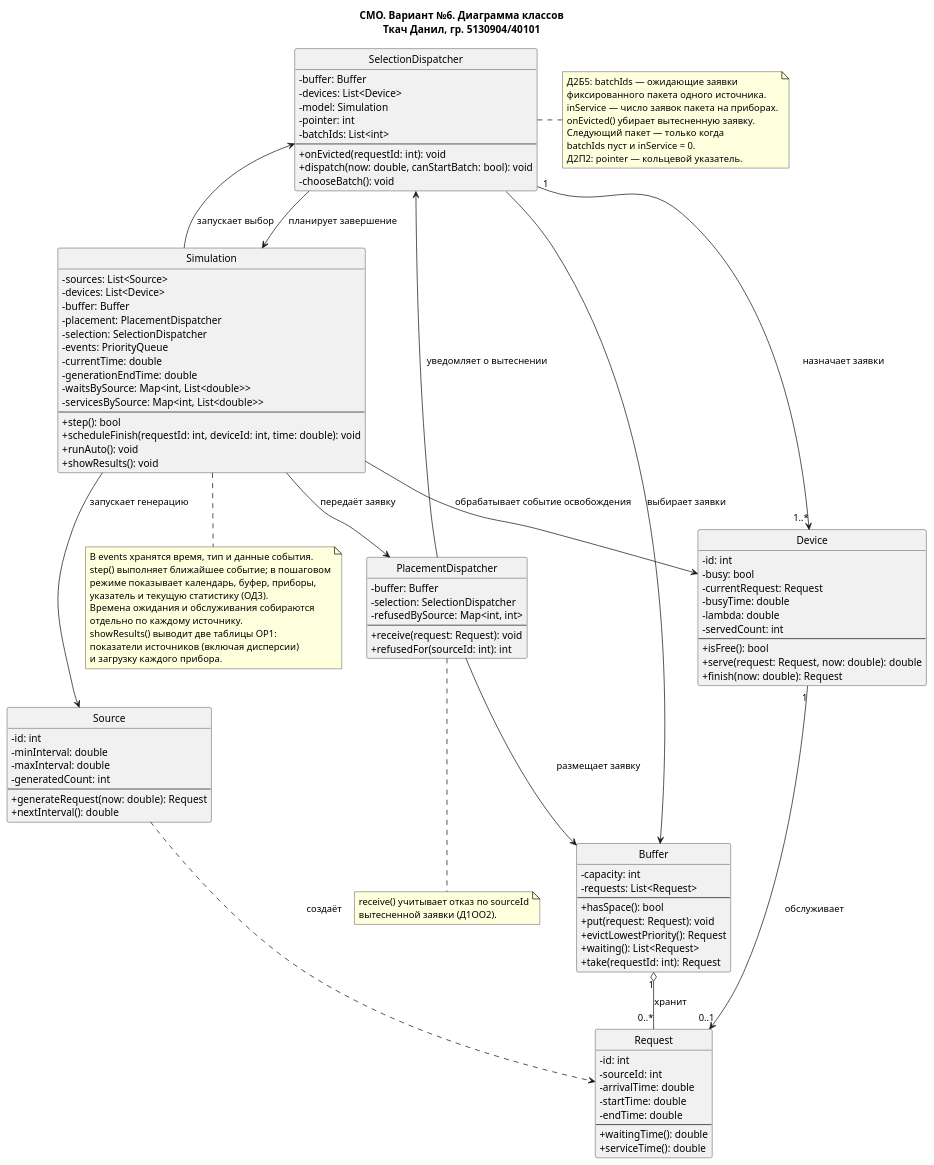
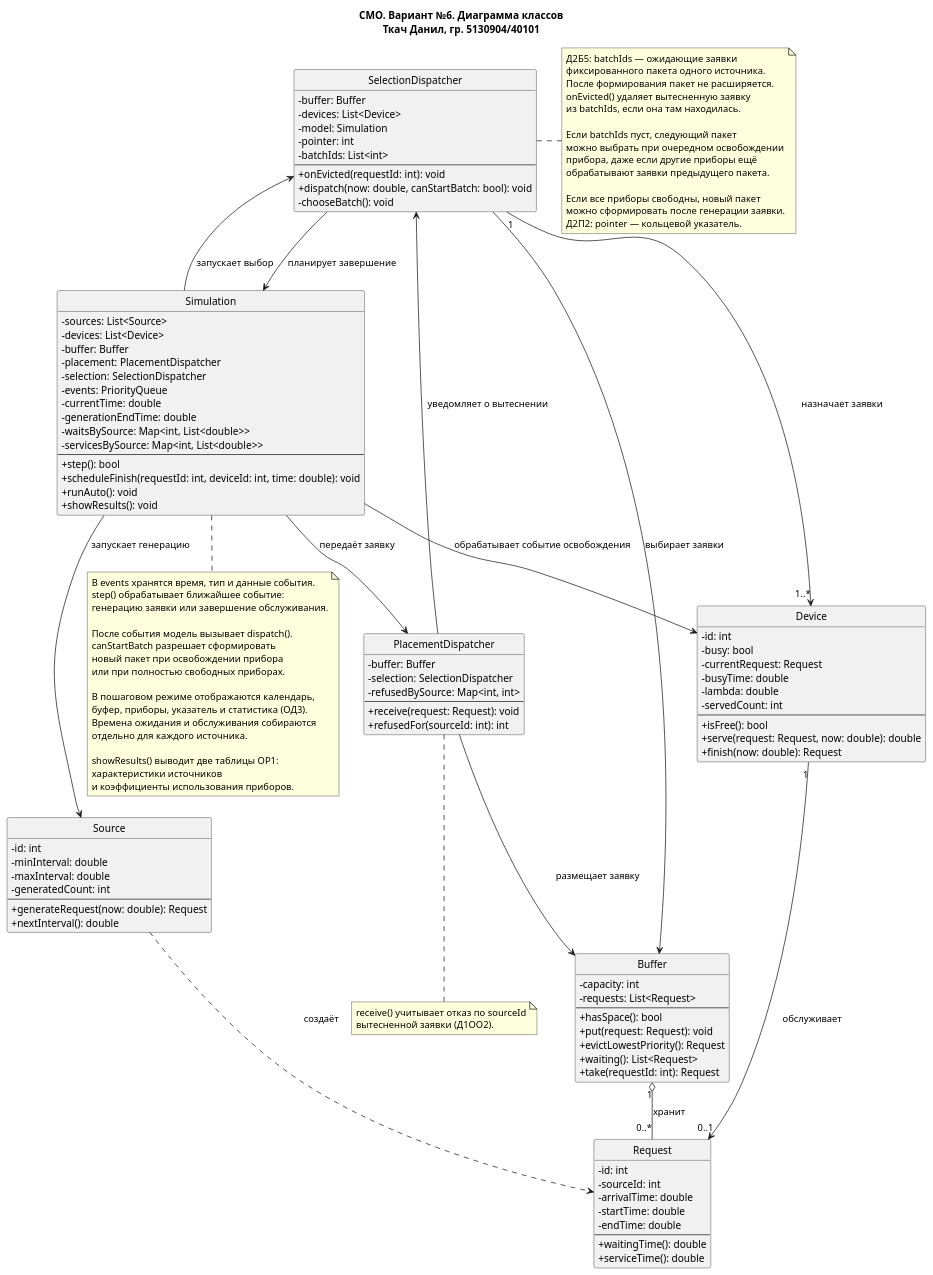
The diagram in artifacts/class/classes.puml (Danil3352/smo-meteo-var6), drawn with PlantUML before and after one commit. The commit also changed 1 other file, not shown here.

```diff
--- a/artifacts/class/classes.puml
+++ b/artifacts/class/classes.puml
@@ -2,132 +2,147 @@
 @startuml
 title СМО. Вариант №6. Диаграмма классов\nТкач Данил, гр. 5130904/40101
 skinparam style strictuml
 skinparam classAttributeIconSize 0
 
 class Request {
     - id: int
     - sourceId: int
     - arrivalTime: double
     - startTime: double
     - endTime: double
     --
     + waitingTime(): double
     + serviceTime(): double
 }
 
 class Source {
     - id: int
     - minInterval: double
     - maxInterval: double
     - generatedCount: int
     --
     + generateRequest(now: double): Request
     + nextInterval(): double
 }
 
 class Buffer {
     - capacity: int
     - requests: List<Request>
     --
     + hasSpace(): bool
     + put(request: Request): void
     + evictLowestPriority(): Request
     + waiting(): List<Request>
     + take(requestId: int): Request
 }
 
 class PlacementDispatcher {
     - buffer: Buffer
     - selection: SelectionDispatcher
     - refusedBySource: Map<int, int>
     --
     + receive(request: Request): void
     + refusedFor(sourceId: int): int
 }
 
 
 class SelectionDispatcher {
     - buffer: Buffer
     - devices: List<Device>
     - model: Simulation
     - pointer: int
     - batchIds: List<int>
     --
     + onEvicted(requestId: int): void
     + dispatch(now: double, canStartBatch: bool): void
     - chooseBatch(): void
 }
 
 
 class Device {
     - id: int
     - busy: bool
     - currentRequest: Request
     - busyTime: double
     - lambda: double
     - servedCount: int
     --
     + isFree(): bool
     + serve(request: Request, now: double): double
     + finish(now: double): Request
 }
 
 class Simulation {
     - sources: List<Source>
     - devices: List<Device>
     - buffer: Buffer
     - placement: PlacementDispatcher
     - selection: SelectionDispatcher
     - events: PriorityQueue
     - currentTime: double
     - generationEndTime: double
     - waitsBySource: Map<int, List<double>>
     - servicesBySource: Map<int, List<double>>
     --
     + step(): bool
     + scheduleFinish(requestId: int, deviceId: int, time: double): void
     + runAuto(): void
     + showResults(): void
 }
 
 note bottom of PlacementDispatcher
 receive() учитывает отказ по sourceId
 вытесненной заявки (Д1ОО2).
 end note
 
 Source ..> Request : создаёт
 Simulation --> Source : запускает генерацию
 Simulation --> PlacementDispatcher : передаёт заявку
 PlacementDispatcher --> Buffer : размещает заявку
 PlacementDispatcher --> SelectionDispatcher : уведомляет о вытеснении
 SelectionDispatcher --> Buffer : выбирает заявки
 SelectionDispatcher "1" --> "1..*" Device : назначает заявки
 SelectionDispatcher --> Simulation : планирует завершение
 Simulation --> SelectionDispatcher : запускает выбор
 Simulation --> Device : обрабатывает событие освобождения
 Buffer "1" o-- "0..*" Request : хранит
 Device "1" --> "0..1" Request : обслуживает
 
 note right of SelectionDispatcher
 Д2Б5: batchIds — ожидающие заявки
 фиксированного пакета одного источника.
-inService — число заявок пакета на приборах.
-onEvicted() убирает вытесненную заявку.
-Следующий пакет — только когда
-batchIds пуст и inService = 0.
+После формирования пакет не расширяется.
+onEvicted() удаляет вытесненную заявку
+из batchIds, если она там находилась.
+
+Если batchIds пуст, следующий пакет
+можно выбрать при очередном освобождении
+прибора, даже если другие приборы ещё
+обрабатывают заявки предыдущего пакета.
+
+Если все приборы свободны, новый пакет
+можно сформировать после генерации заявки.
 Д2П2: pointer — кольцевой указатель.
 end note
 
 note bottom of Simulation
 В events хранятся время, тип и данные события.
-step() выполняет ближайшее событие; в пошаговом
-режиме показывает календарь, буфер, приборы,
-указатель и текущую статистику (ОД3).
+step() обрабатывает ближайшее событие:
+генерацию заявки или завершение обслуживания.
+
+После события модель вызывает dispatch().
+canStartBatch разрешает сформировать
+новый пакет при освобождении прибора
+или при полностью свободных приборах.
+
+В пошаговом режиме отображаются календарь,
+буфер, приборы, указатель и статистика (ОД3).
 Времена ожидания и обслуживания собираются
-отдельно по каждому источнику.
+отдельно для каждого источника.
+
 showResults() выводит две таблицы ОР1:
-показатели источников (включая дисперсии)
-и загрузку каждого прибора.
+характеристики источников
+и коэффициенты использования приборов.
 end note
 
 @enduml
```
